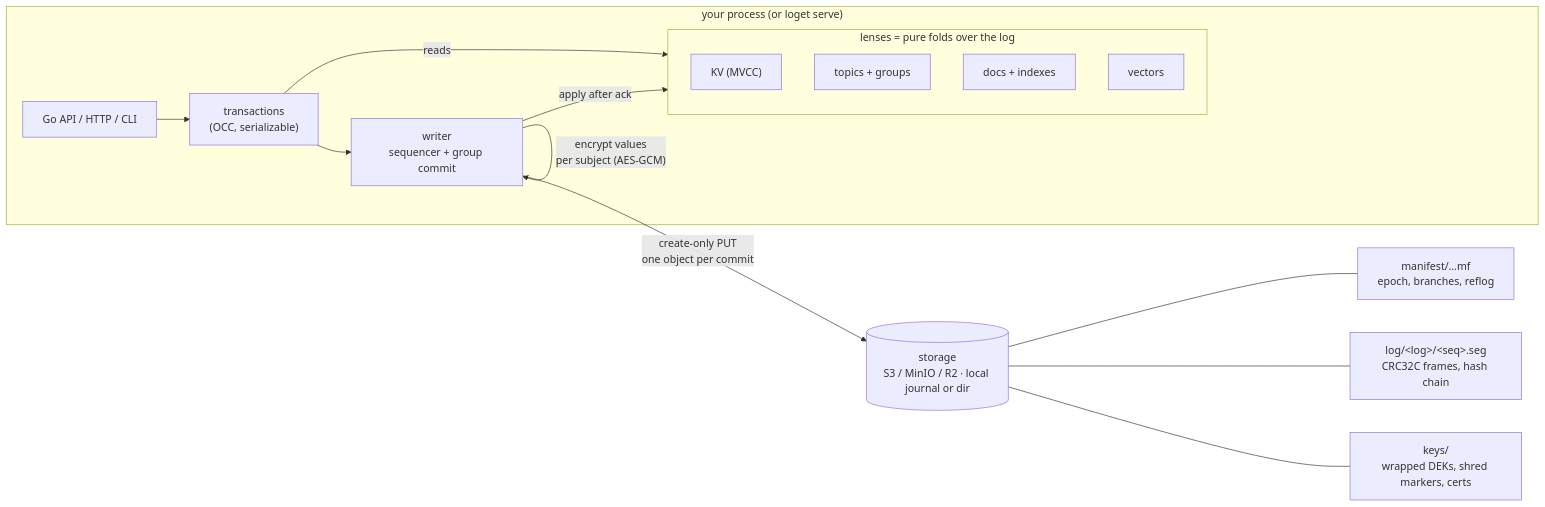
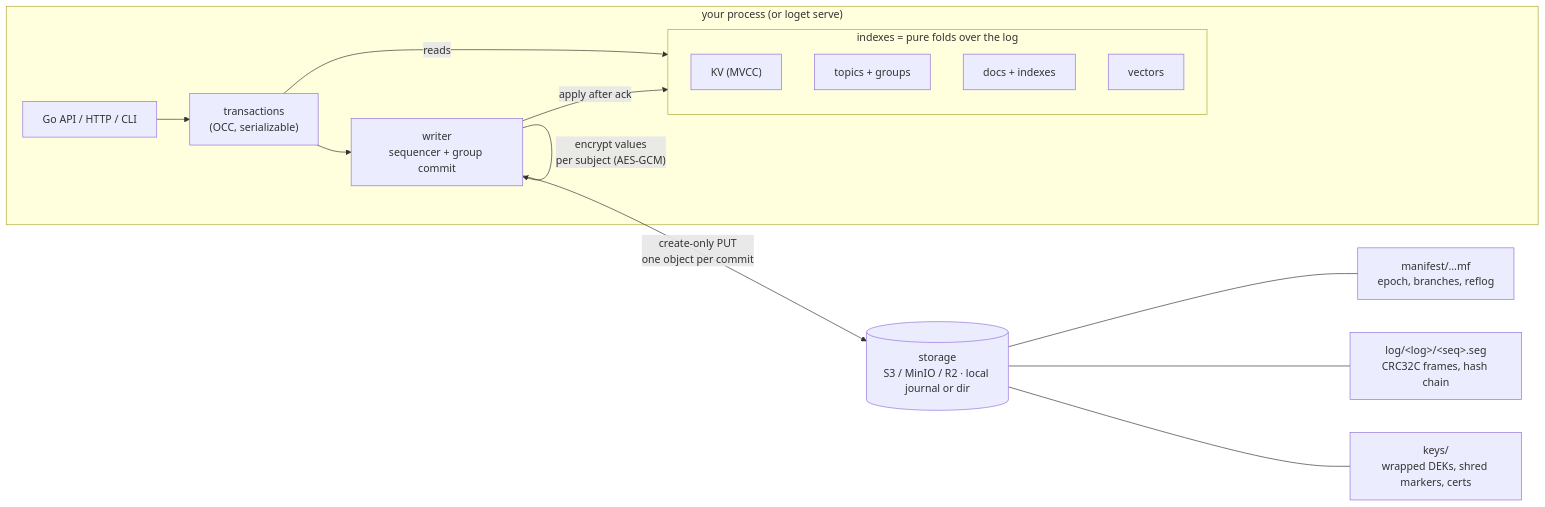
One commit to raman20/loget changed the diagram in docs/architecture.md. Above: the diagram before and after it, drawn with Mermaid. The commit also changed other lines of this file and 245 other files, not shown here.

````diff
--- a/docs/architecture.md
+++ b/docs/architecture.md
@@ -7,17 +7,17 @@
 ```mermaid
 flowchart LR
   subgraph App["your process (or loget serve)"]
     API["Go API / HTTP / CLI"] --> TX["transactions<br/>(OCC, serializable)"]
     TX --> W["writer<br/>sequencer + group commit"]
     W -->|"encrypt values<br/>per subject (AES-GCM)"| W
-    subgraph Lenses["lenses = pure folds over the log"]
+    subgraph Indexes["indexes = pure folds over the log"]
       KV["KV (MVCC)"]; TOP["topics + groups"]; DOC["docs + indexes"]; VEC["vectors"]
     end
-    W -->|"apply after ack"| Lenses
-    TX -->|reads| Lenses
+    W -->|"apply after ack"| Indexes
+    TX -->|reads| Indexes
   end
   W -->|"create-only PUT<br/>one object per commit"| S3[("storage<br/>S3 / MinIO / R2 · local journal or dir")]
   S3 --- M["manifest/…mf<br/>epoch, branches, reflog"]
   S3 --- L["log/&lt;log&gt;/&lt;seq&gt;.seg<br/>CRC32C frames, hash chain"]
   S3 --- K["keys/<br/>wrapped DEKs, shred markers, certs"]
 ```
````
